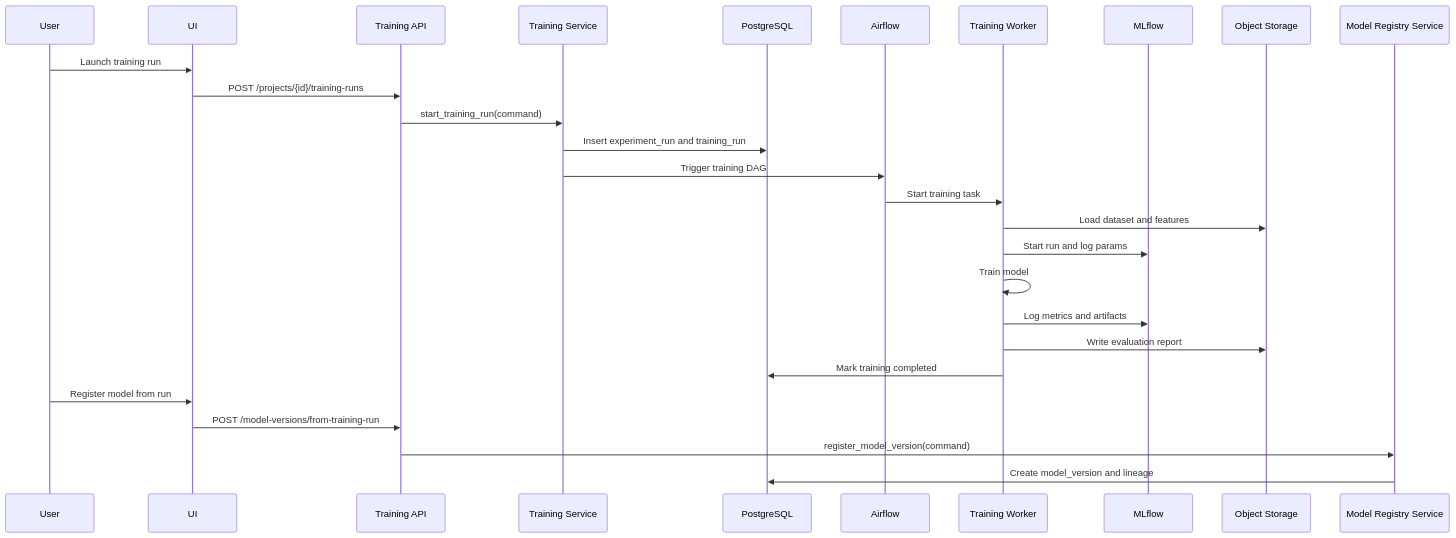
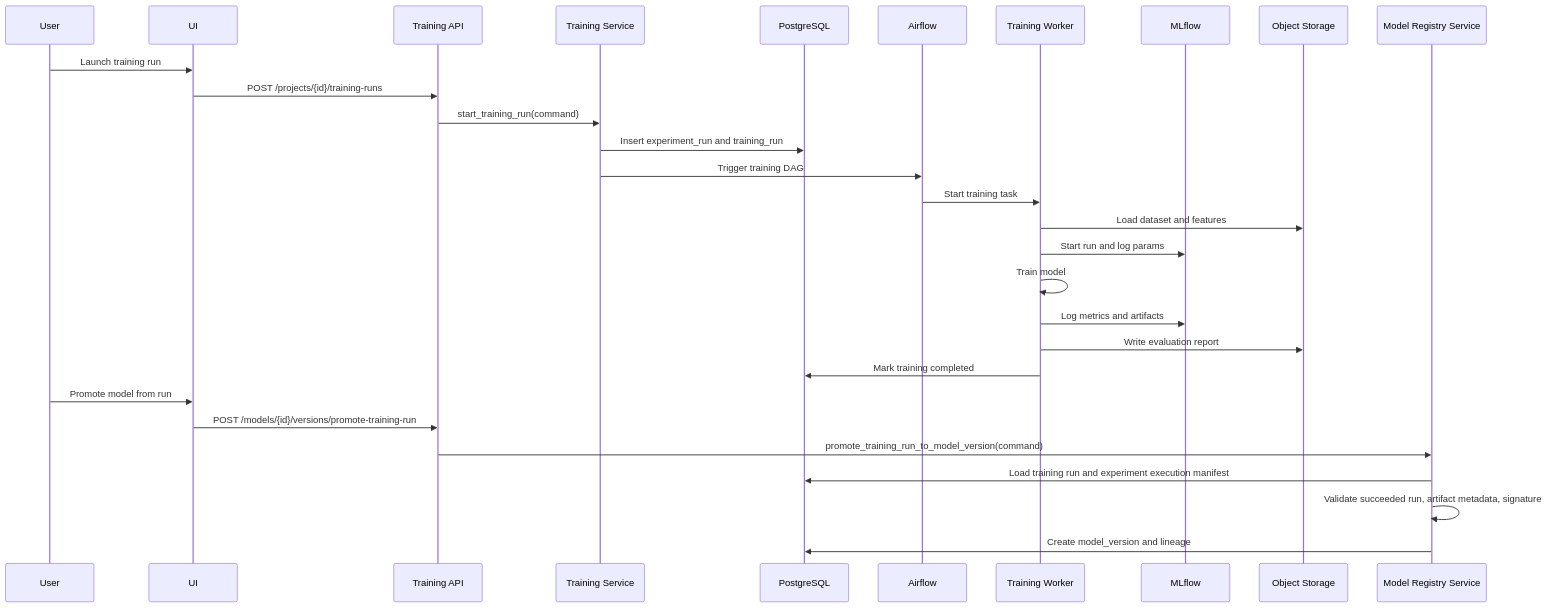
Before and after one commit to coreyheckel3/ml-platform: the fourth of 9 diagrams in outputs/forgeml/docs/07-sequence-diagrams.md, drawn with Mermaid. The commit also changed 26 other files, not shown here.

````diff
--- a/outputs/forgeml/docs/07-sequence-diagrams.md
+++ b/outputs/forgeml/docs/07-sequence-diagrams.md
@@ -86,30 +86,32 @@
 ```mermaid
 sequenceDiagram
   participant User
   participant UI
   participant API as Training API
   participant App as Training Service
   participant DB as PostgreSQL
   participant Airflow
   participant Trainer as Training Worker
   participant MLflow
   participant Obj as Object Storage
   participant Registry as Model Registry Service
 
   User->>UI: Launch training run
   UI->>API: POST /projects/{id}/training-runs
   API->>App: start_training_run(command)
   App->>DB: Insert experiment_run and training_run
   App->>Airflow: Trigger training DAG
   Airflow->>Trainer: Start training task
   Trainer->>Obj: Load dataset and features
   Trainer->>MLflow: Start run and log params
   Trainer->>Trainer: Train model
   Trainer->>MLflow: Log metrics and artifacts
   Trainer->>Obj: Write evaluation report
   Trainer->>DB: Mark training completed
-  User->>UI: Register model from run
-  UI->>API: POST /model-versions/from-training-run
-  API->>Registry: register_model_version(command)
+  User->>UI: Promote model from run
+  UI->>API: POST /models/{id}/versions/promote-training-run
+  API->>Registry: promote_training_run_to_model_version(command)
+  Registry->>DB: Load training run and experiment execution manifest
+  Registry->>Registry: Validate succeeded run, artifact metadata, signature
   Registry->>DB: Create model_version and lineage
 ```
````
